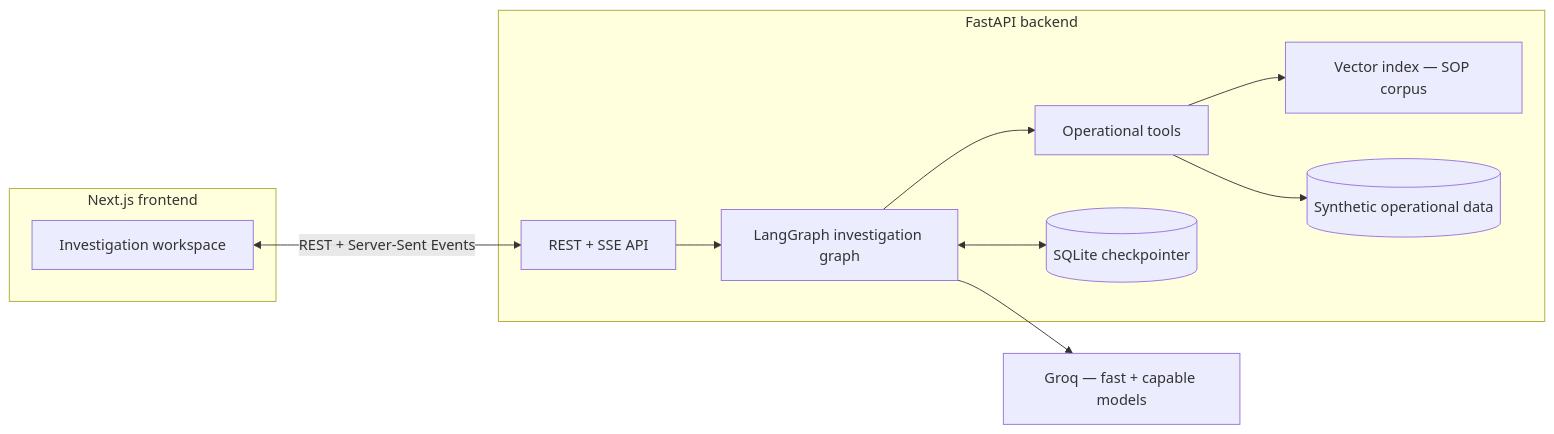
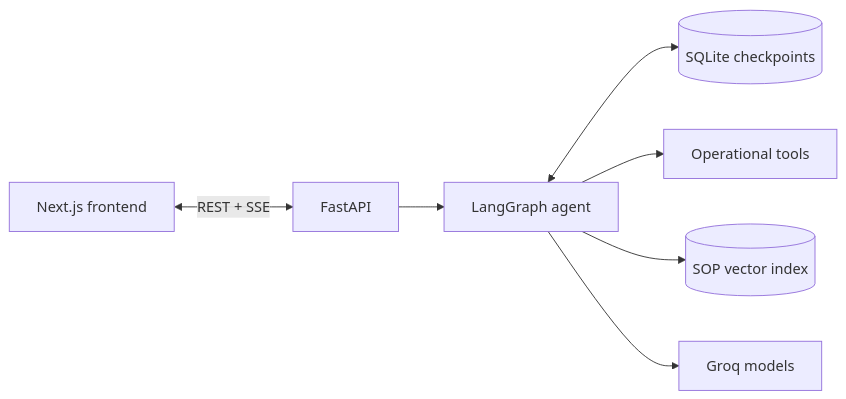
Before and after one commit to AbdulRahman1807/Where-Did-It-Go: the diagram in README.md, drawn with Mermaid. The commit also changed other lines of this file and 23 other files, not shown here.

````diff
--- a/README.md
+++ b/README.md
@@ -60,25 +134,9 @@
 ```mermaid
 flowchart LR
-    subgraph Frontend[Next.js frontend]
-        UI[Investigation workspace]
-    end
-
-    subgraph Backend[FastAPI backend]
-        API[REST + SSE API]
-        Graph[LangGraph investigation graph]
-        Tools[Operational tools]
-        RAG[Vector index — SOP corpus]
-        World[(Synthetic operational data)]
-        Checkpoint[(SQLite checkpointer)]
-    end
-
-    LLM[Groq — fast + capable models]
-
-    UI <--> |REST + Server-Sent Events| API
-    API --> Graph
-    Graph <--> Checkpoint
-    Graph --> Tools
-    Tools --> World
-    Tools --> RAG
-    Graph --> LLM
+    UI[Next.js frontend] <-->|REST + SSE| API[FastAPI]
+    API --> Graph[LangGraph agent]
+    Graph <--> DB[(SQLite checkpoints)]
+    Graph --> Tools[Operational tools]
+    Graph --> RAG[(SOP vector index)]
+    Graph --> LLM[Groq models]
 ```
````
